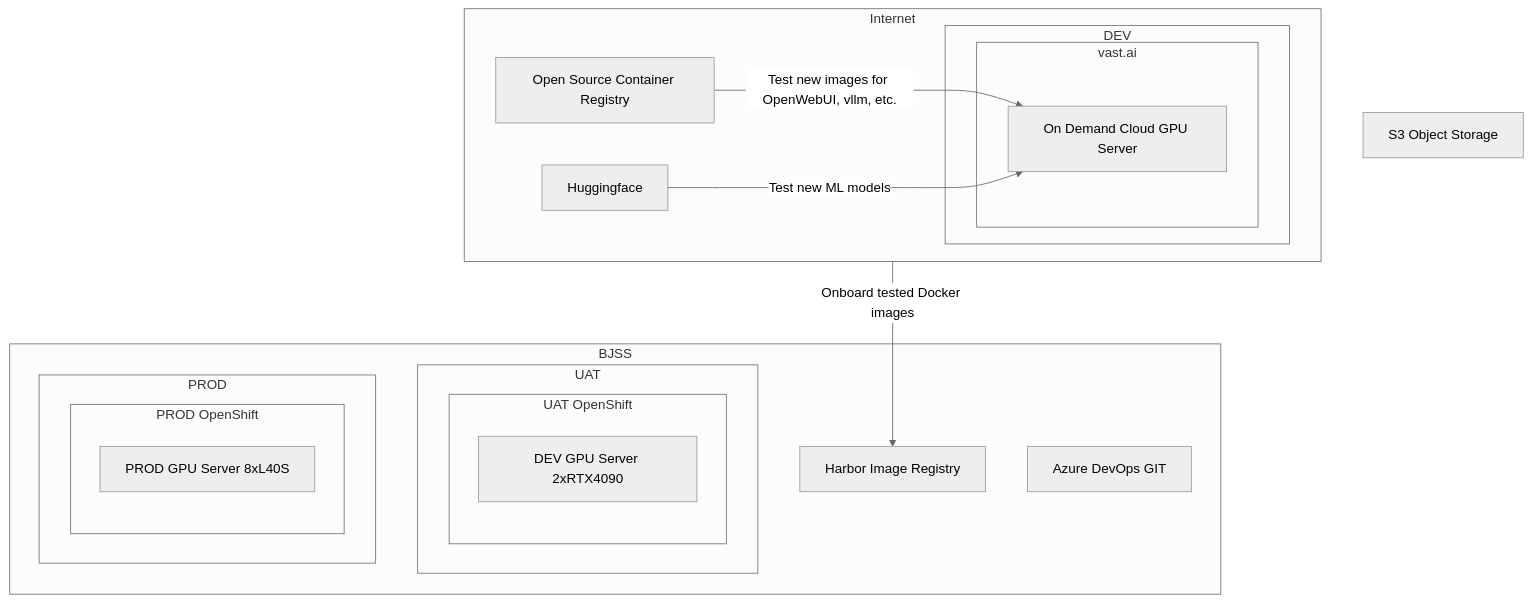
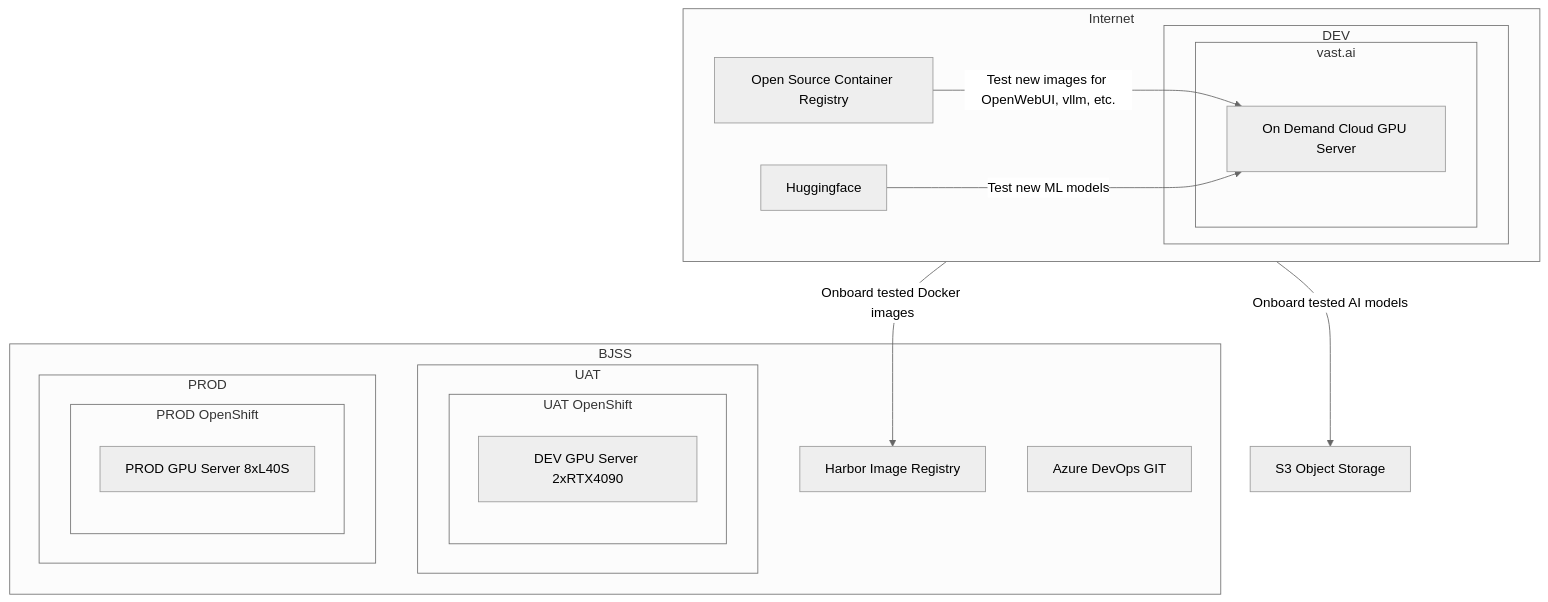
The second of 2 diagrams in README.md (tim-roethig/ai-platform), drawn with Mermaid (neutral theme) before and after one commit.

````diff
--- a/README.md
+++ b/README.md
@@ -63,49 +63,50 @@
 ```mermaid
 graph TD
     A[Open Source Container Registry]
     HF[Huggingface]
     B[On Demand Cloud GPU Server]
     C[Harbor Image Registry]
     D[Azure DevOps GIT]
     S3[S3 Object Storage]
     E[DEV GPU Server 2xRTX4090]
     F[PROD GPU Server 8xL40S]
 
     subgraph VAST_AI[vast.ai]
         B
     end
     subgraph UAT_OC[UAT OpenShift]
         E
     end
     subgraph PROD_OC[PROD OpenShift]
         F
     end
 
     subgraph DEV[DEV]
         VAST_AI
     end
     subgraph UAT[UAT]
         UAT_OC
     end
     subgraph PROD[PROD]
         PROD_OC
     end
 
     subgraph BJSS[BJSS]
         C
         D
         UAT
         PROD
     end
 
     subgraph Internet[Internet]
         A
         HF
         DEV
     end
 
     A -- Test new images for OpenWebUI, vllm, etc. --> B
     HF -- Test new ML models --> B
 
     Internet -- Onboard tested Docker images --> C
+    Internet -- Onboard tested AI models --> S3
 ```
````
